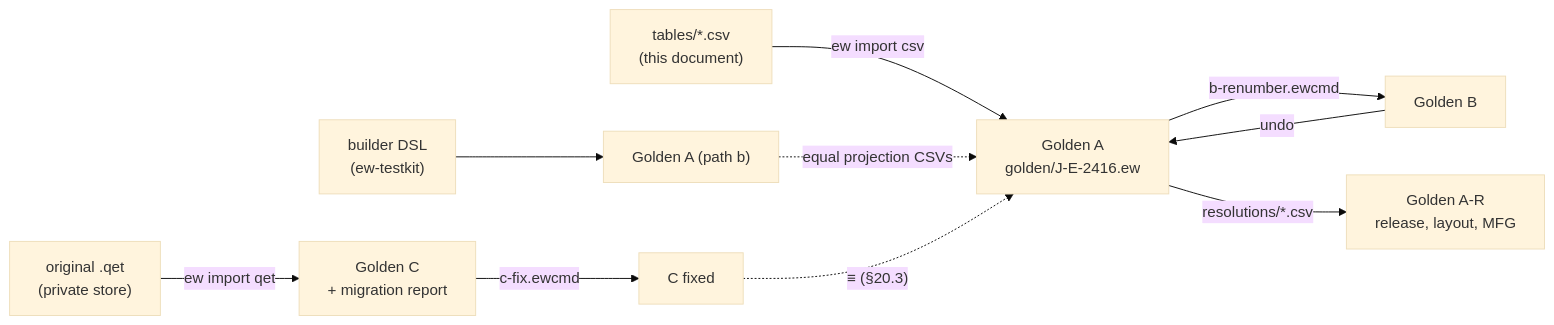
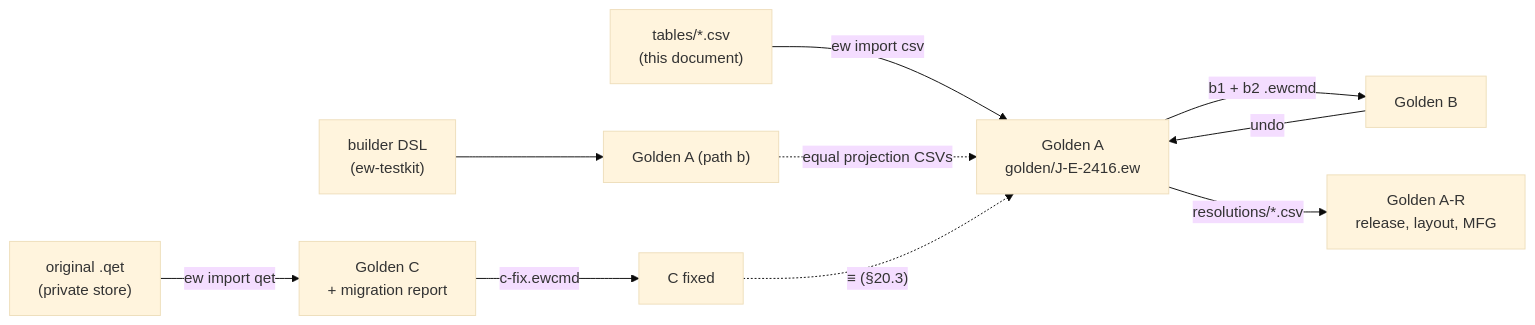
The diagram in docs/design/20-golden-project.md (Ironkode787/ElektraWatt), drawn with Mermaid (base theme) before and after one commit. The commit also changed other lines of this file and 17 other files, not shown here.

````diff
--- a/docs/design/20-golden-project.md
+++ b/docs/design/20-golden-project.md
@@ -99,12 +99,12 @@
 ```mermaid
 flowchart LR
   T["tables/*.csv<br/>(this document)"] -->|"ew import csv"| A["Golden A<br/>golden/J-E-2416.ew"]
   DSL["builder DSL<br/>(ew-testkit)"] --> A2["Golden A (path b)"]
   A2 -.->|"equal projection CSVs"| A
-  A -->|"b-renumber.ewcmd"| B["Golden B"]
+  A -->|"b1 + b2 .ewcmd"| B["Golden B"]
   B -->|"undo"| A
   Q["original .qet<br/>(private store)"] -->|"ew import qet"| C["Golden C<br/>+ migration report"]
   C -->|"c-fix.ewcmd"| CF["C fixed"]
   CF -.->|"≡ (§20.3)"| A
   A -->|"resolutions/*.csv"| AR["Golden A-R<br/>release, layout, MFG"]
 ```
````
